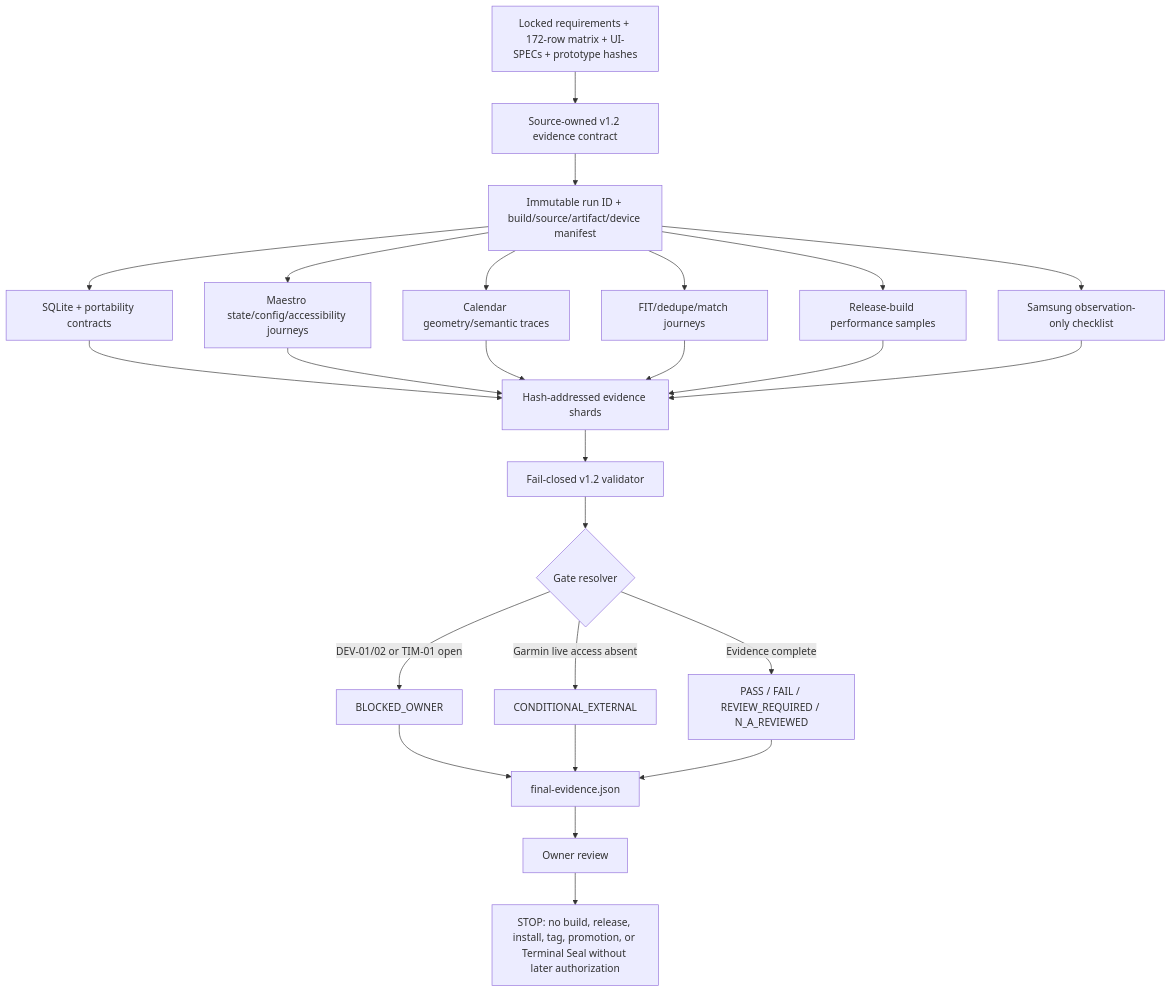
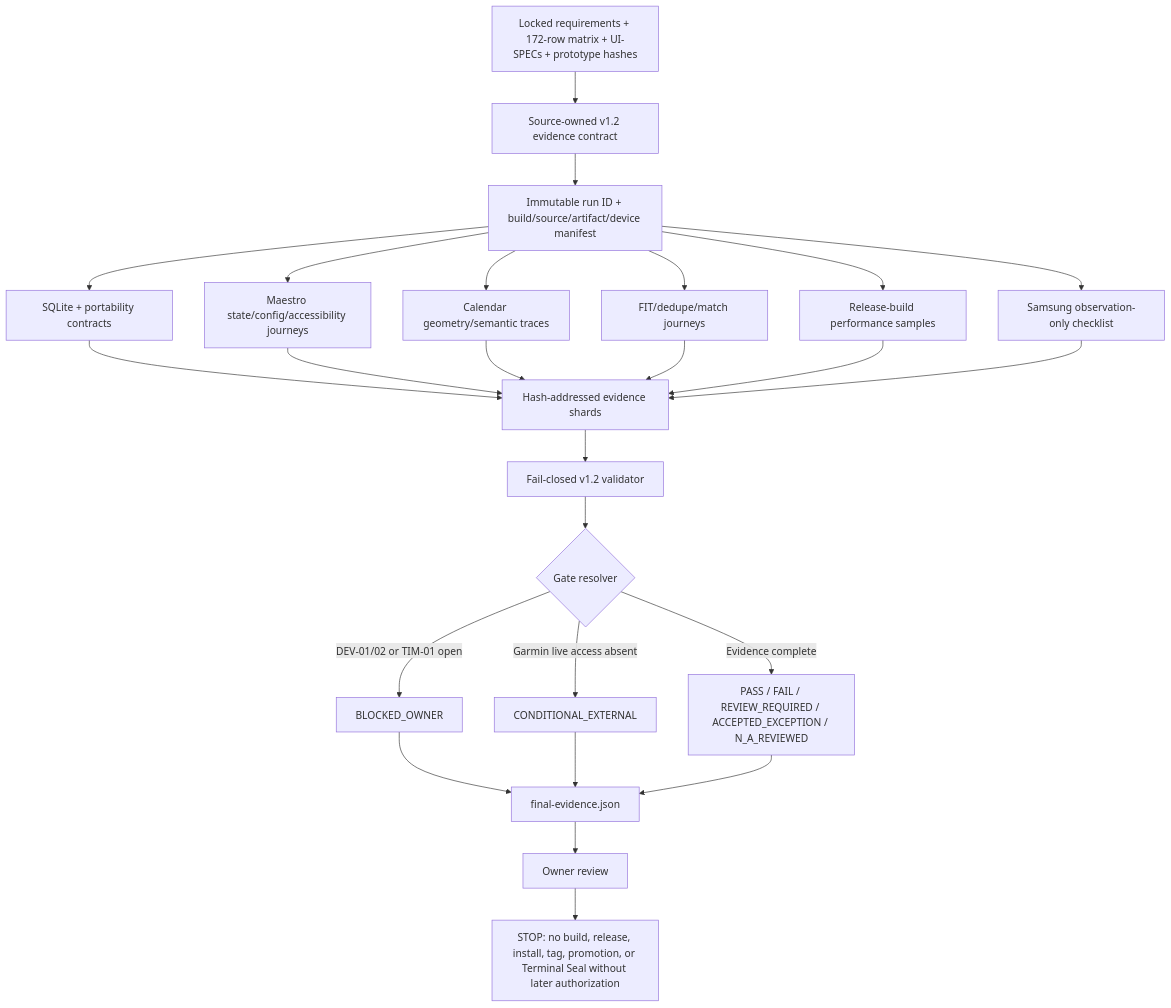
One commit to fchoo/gym-tracker changed the diagram in .planning/phases/20-native-acceptance/20-RESEARCH.md. Above: the diagram before and after it, drawn with Mermaid. The commit also changed other lines of this file and 14 other files, not shown here.

````diff
--- a/.planning/phases/20-native-acceptance/20-RESEARCH.md
+++ b/.planning/phases/20-native-acceptance/20-RESEARCH.md
@@ -128,27 +128,27 @@
 ```mermaid
 flowchart TD
   A[Locked requirements + 172-row matrix + UI-SPECs + prototype hashes] --> B[Source-owned v1.2 evidence contract]
   B --> C[Immutable run ID + build/source/artifact/device manifest]
   C --> D1[SQLite + portability contracts]
   C --> D2[Maestro state/config/accessibility journeys]
   C --> D3[Calendar geometry/semantic traces]
   C --> D4[FIT/dedupe/match journeys]
   C --> D5[Release-build performance samples]
   C --> D6[Samsung observation-only checklist]
   D1 --> E[Hash-addressed evidence shards]
   D2 --> E
   D3 --> E
   D4 --> E
   D5 --> E
   D6 --> E
   E --> F[Fail-closed v1.2 validator]
   F --> G{Gate resolver}
   G -->|DEV-01/02 or TIM-01 open| H[BLOCKED_OWNER]
   G -->|Garmin live access absent| I[CONDITIONAL_EXTERNAL]
-  G -->|Evidence complete| J[PASS / FAIL / REVIEW_REQUIRED / N_A_REVIEWED]
+  G -->|Evidence complete| J[PASS / FAIL / REVIEW_REQUIRED / ACCEPTED_EXCEPTION / N_A_REVIEWED]
   H --> K[final-evidence.json]
   I --> K
   J --> K
   K --> L[Owner review]
   L --> M[STOP: no build, release, install, tag, promotion, or Terminal Seal without later authorization]
 ```
````
